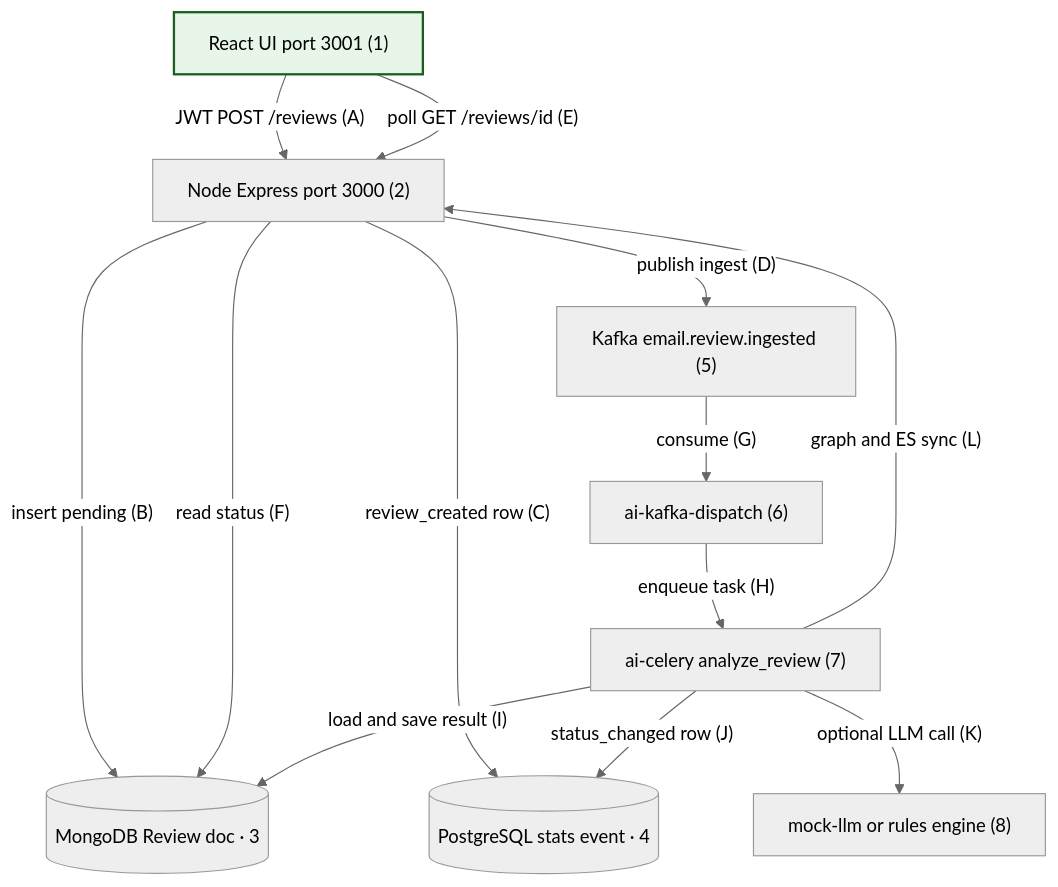
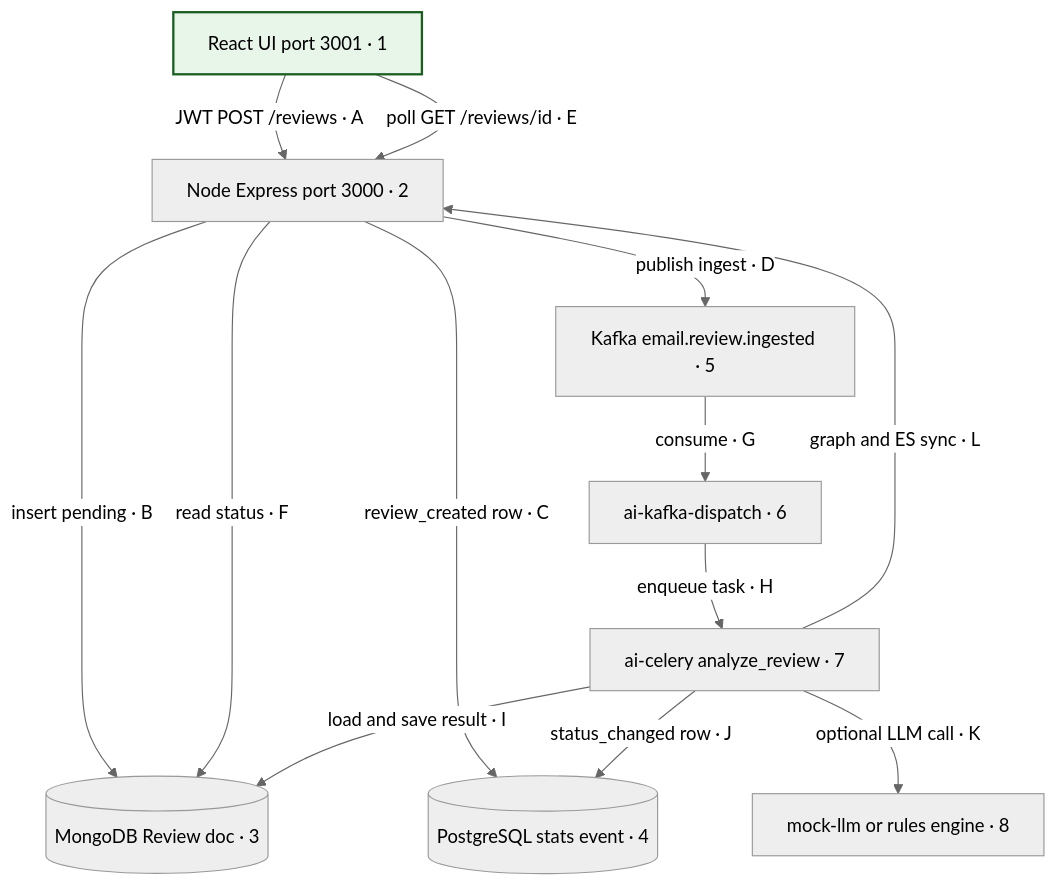
The diagram in docs/diagrams/system-flow-01-triage-async.mmd (OferElboher/suspicious-email-triage), drawn with Mermaid (neutral theme) before and after one commit. The commit also changed 18 other files, not shown here.

First line of the commit message:
Align flowchart Mermaid syntax with comprehensive guide arrowheads.

```diff
--- a/docs/diagrams/system-flow-01-triage-async.mmd
+++ b/docs/diagrams/system-flow-01-triage-async.mmd
@@ -1,26 +1,26 @@
 flowchart TB
   classDef flowEntry fill:#e8f5e9,stroke:#1b5e20,stroke-width:2px
 
-  UI["React UI port 3001 (1)"]
-  API["Node Express port 3000 (2)"]
-  M[("MongoDB Review doc · 3")]
-  P[("PostgreSQL stats event · 4")]
-  K["Kafka email.review.ingested (5)"]
-  D["ai-kafka-dispatch (6)"]
-  W["ai-celery analyze_review (7)"]
-  LLM["mock-llm or rules engine (8)"]
+  UI["React UI port 3001 · 1"]
+  API["Node Express port 3000 · 2"]
+  M[(MongoDB Review doc · 3)]
+  P[(PostgreSQL stats event · 4)]
+  K["Kafka email.review.ingested · 5"]
+  D["ai-kafka-dispatch · 6"]
+  W["ai-celery analyze_review · 7"]
+  LLM["mock-llm or rules engine · 8"]
 
-  UI -->|"JWT POST /reviews (A)"| API
-  API -->|"insert pending (B)"| M
-  API -->|"review_created row (C)"| P
-  API -->|"publish ingest (D)"| K
-  UI -->|"poll GET /reviews/id (E)"| API
-  API -->|"read status (F)"| M
-  K -->|"consume (G)"| D
-  D -->|"enqueue task (H)"| W
-  W -->|"load and save result (I)"| M
-  W -->|"status_changed row (J)"| P
-  W -->|"optional LLM call (K)"| LLM
-  W -->|"graph and ES sync (L)"| API
+  UI -->|JWT POST /reviews · A| API
+  API -->|insert pending · B| M
+  API -->|review_created row · C| P
+  API -->|publish ingest · D| K
+  UI -->|poll GET /reviews/id · E| API
+  API -->|read status · F| M
+  K -->|consume · G| D
+  D -->|enqueue task · H| W
+  W -->|load and save result · I| M
+  W -->|status_changed row · J| P
+  W -->|optional LLM call · K| LLM
+  W -->|graph and ES sync · L| API
 
   class UI flowEntry
```
